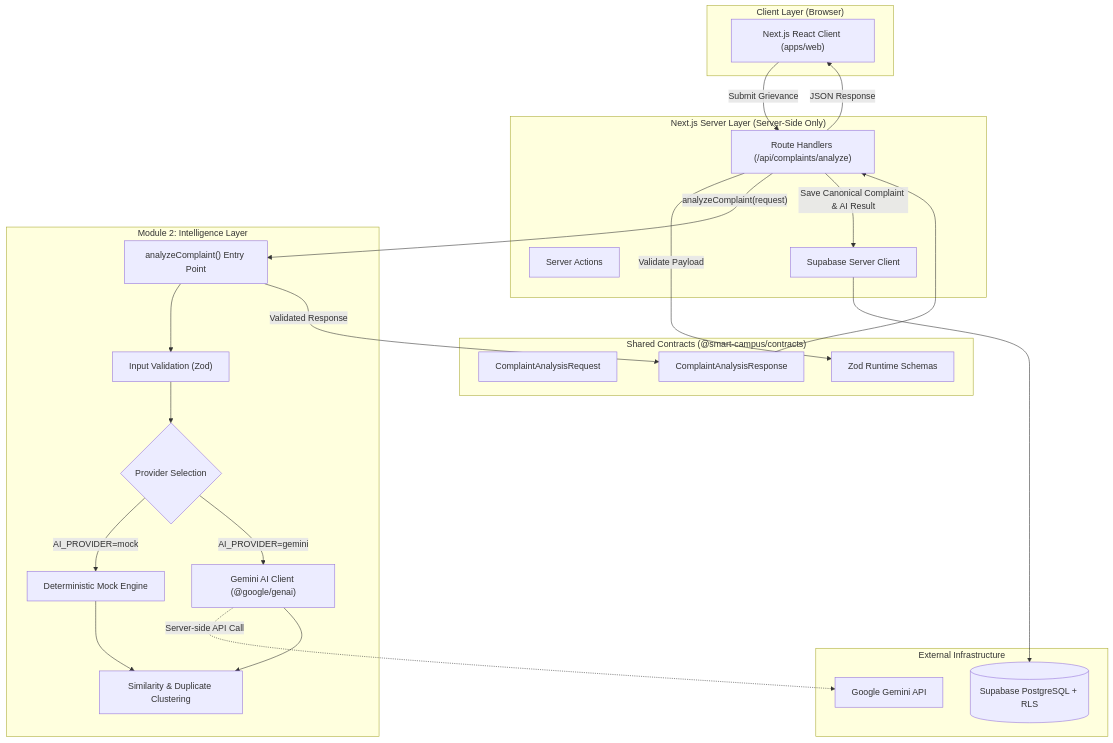
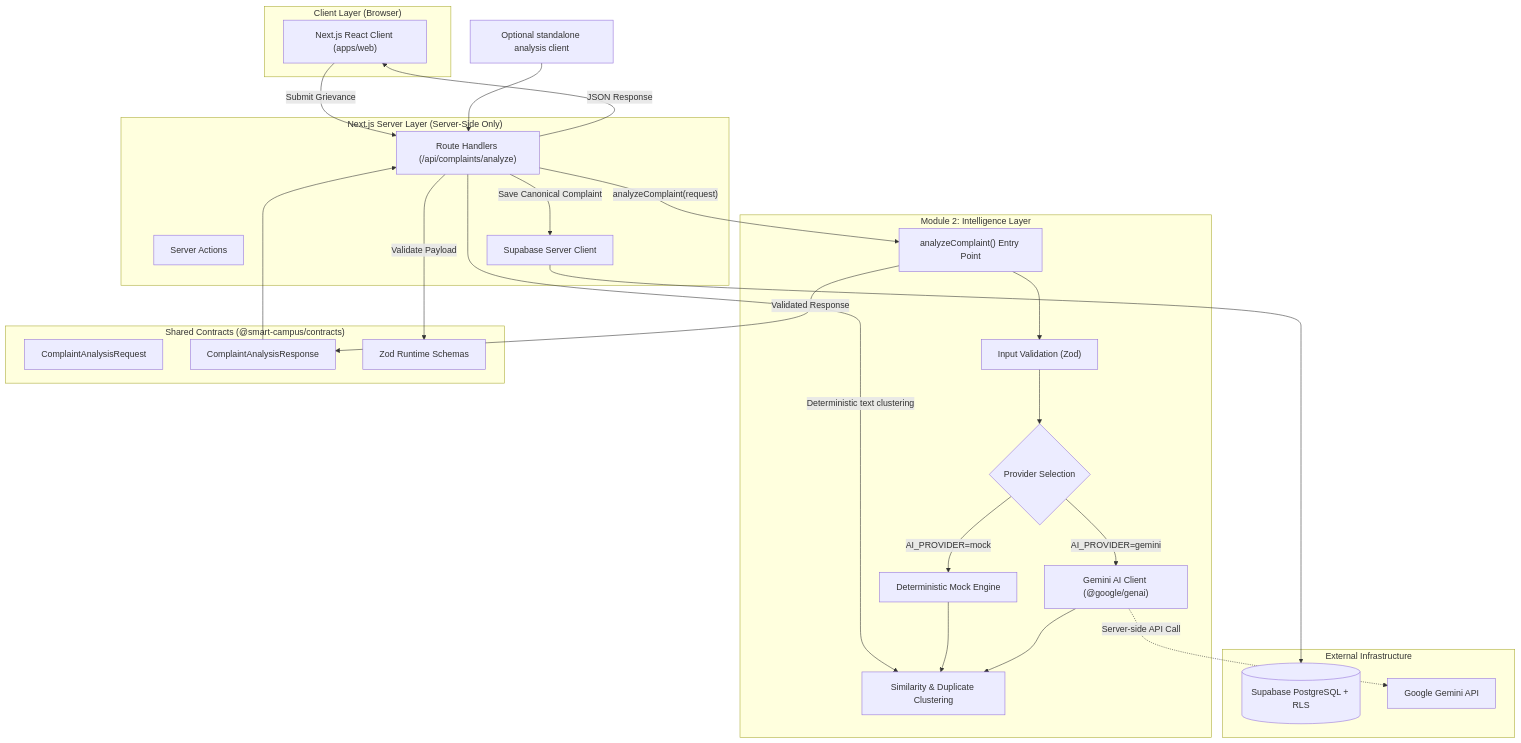
One commit to helloabhishek2004/campus-hackthon changed the first of 5 diagrams in ARCHITECTURE.md. Above: the diagram before and after it, drawn with Mermaid. The commit also changed other lines of this file and 115 other files, not shown here.

First line of the commit message:
feat: add regression tests for complaint analysis and lost & found AI service

````diff
--- a/ARCHITECTURE.md
+++ b/ARCHITECTURE.md
@@ -5,48 +5,50 @@
 ```mermaid
 flowchart TD
     subgraph Browser ["Client Layer (Browser)"]
         UI["Next.js React Client (apps/web)"]
     end
 
     subgraph AppLayer ["Next.js Server Layer (Server-Side Only)"]
         Routes["Route Handlers (/api/complaints/analyze)"]
         Actions["Server Actions"]
         SupabaseClient["Supabase Server Client"]
     end
 
     subgraph Module2 ["Module 2: Intelligence Layer"]
         Analyzer["analyzeComplaint() Entry Point"]
         Validator["Input Validation (Zod)"]
         AIProvider{"Provider Selection"}
         MockEngine["Deterministic Mock Engine"]
         GeminiEngine["Gemini AI Client (@google/genai)"]
         ClusterEngine["Similarity & Duplicate Clustering"]
     end
 
     subgraph Contracts ["Shared Contracts (@smart-campus/contracts)"]
         ReqContract["ComplaintAnalysisRequest"]
         ResContract["ComplaintAnalysisResponse"]
         SchemaRules["Zod Runtime Schemas"]
     end
 
     subgraph External ["External Infrastructure"]
         SupabaseDB[("Supabase PostgreSQL + RLS")]
         GeminiAPI["Google Gemini API"]
     end
 
-    UI -->|"Submit Grievance"| Routes
-    Routes -->|"Validate Payload"| SchemaRules
-    Routes -->|"analyzeComplaint(request)"| Analyzer
+     UI -->|"Submit Grievance"| Routes
+     Routes -->|"Validate Payload"| SchemaRules
+     Routes -->|"Deterministic text clustering"| ClusterEngine
+     AnalyzeUI["Optional standalone analysis client"] --> Routes
+     Routes -->|"analyzeComplaint(request)"| Analyzer
     Analyzer --> Validator
     Validator --> AIProvider
     AIProvider -->|"AI_PROVIDER=mock"| MockEngine
     AIProvider -->|"AI_PROVIDER=gemini"| GeminiEngine
     GeminiEngine -.->|"Server-side API Call"| GeminiAPI
     MockEngine --> ClusterEngine
     GeminiEngine --> ClusterEngine
     Analyzer -->|"Validated Response"| ResContract
     ResContract --> Routes
-    Routes -->|"Save Canonical Complaint & AI Result"| SupabaseClient
+     Routes -->|"Save Canonical Complaint"| SupabaseClient
     SupabaseClient --> SupabaseDB
     Routes -->|"JSON Response"| UI
 ```
````
